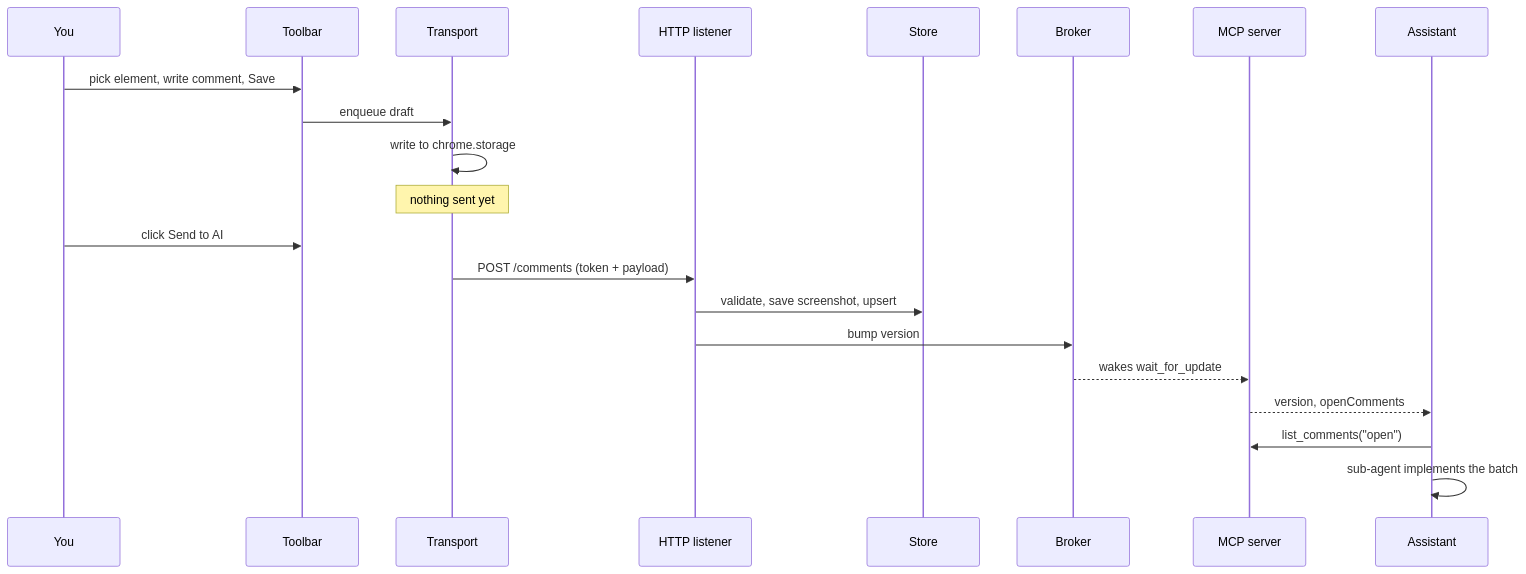
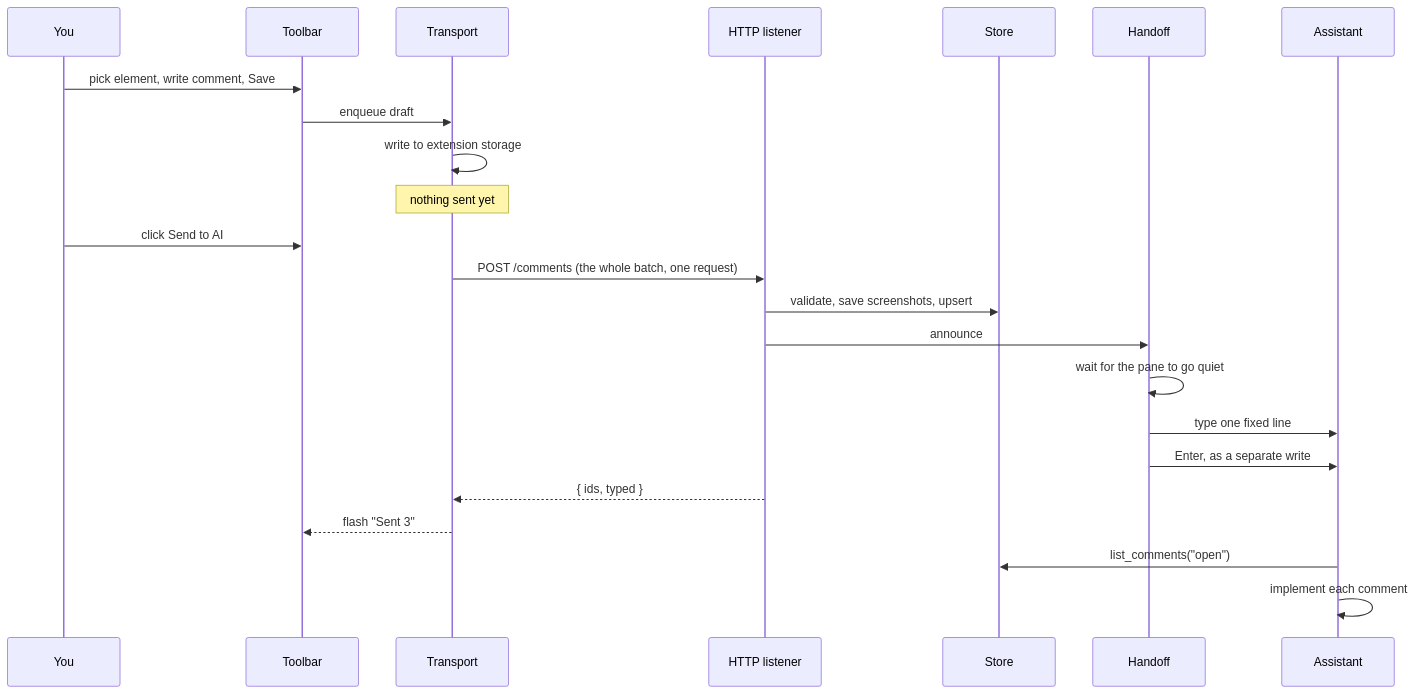
The first of 3 diagrams in docs/flows.md (pallandir/claude-comments), drawn with Mermaid before and after one commit. The commit also changed other lines of this file and 16 other files, not shown here.

````diff
--- a/docs/flows.md
+++ b/docs/flows.md
@@ -47,24 +14,26 @@
 ```mermaid
 sequenceDiagram
     participant U as You
     participant T as Toolbar
     participant X as Transport
     participant H as HTTP listener
     participant S as Store
-    participant B as Broker
-    participant M as MCP server
+    participant K as Handoff
     participant A as Assistant
 
     U->>T: pick element, write comment, Save
     T->>X: enqueue draft
-    X->>X: write to chrome.storage
+    X->>X: write to extension storage
     Note over X: nothing sent yet
     U->>T: click Send to AI
-    X->>H: POST /comments (token + payload)
-    H->>S: validate, save screenshot, upsert
-    H->>B: bump version
-    B-->>M: wakes wait_for_update
-    M-->>A: version, openComments
-    A->>M: list_comments("open")
-    A->>A: sub-agent implements the batch
+    X->>H: POST /comments (the whole batch, one request)
+    H->>S: validate, save screenshots, upsert
+    H->>K: announce
+    K->>K: wait for the pane to go quiet
+    K->>A: type one fixed line
+    K->>A: Enter, as a separate write
+    H-->>X: { ids, typed }
+    X-->>T: flash "Sent 3"
+    A->>S: list_comments("open")
+    A->>A: implement each comment
 ```
````
